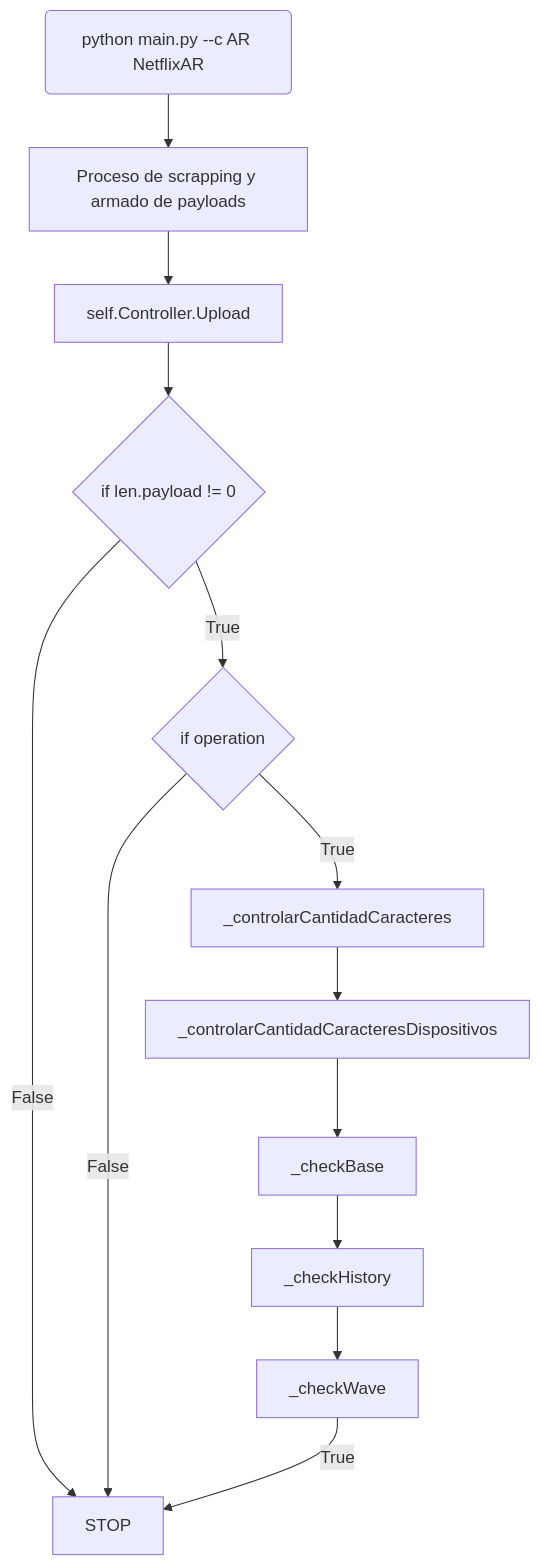
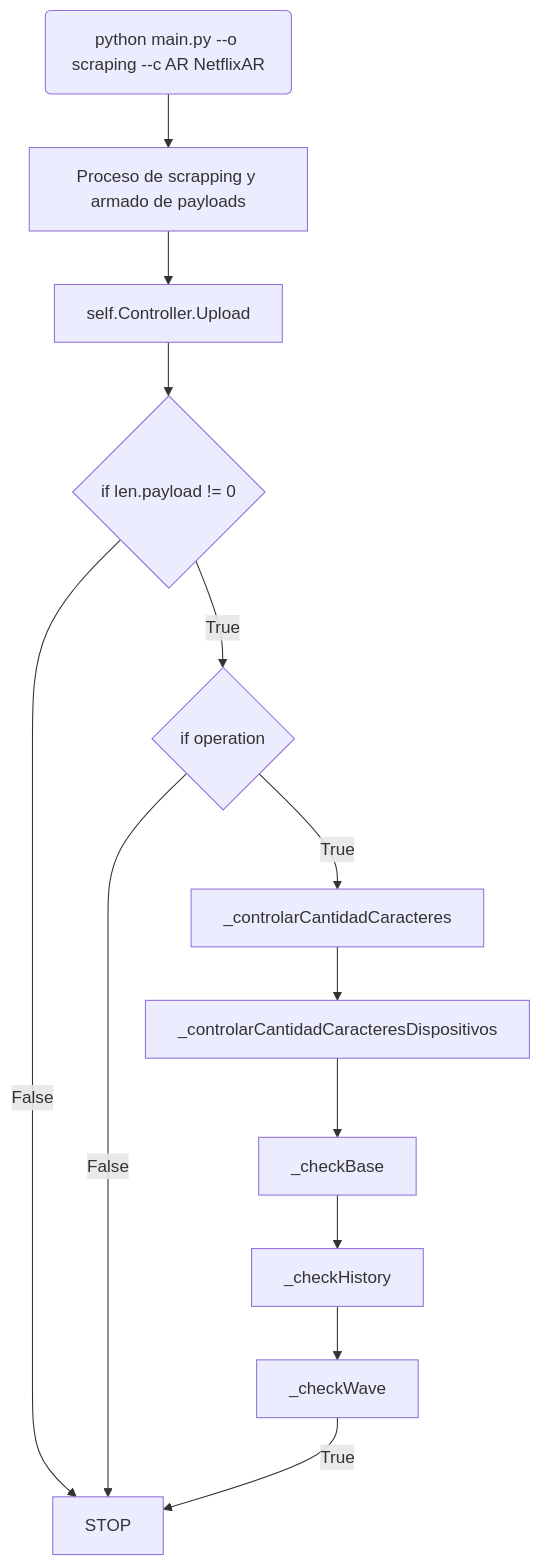
One commit to axelsegovia98/hackerrank-python changed the diagram in README.md. Above: the diagram before and after it, drawn with Mermaid. The commit also changed other lines of this file, not shown here.

````diff
--- a/README.md
+++ b/README.md
@@ -995,15 +1106,15 @@
 ```mermaid
 graph TD
-START(python main.py --c AR NetflixAR) --> A[Proceso de scrapping y armado de payloads]
+START(python main.py --o scraping --c AR NetflixAR) --> A[Proceso de scrapping y armado de payloads]
 A --> B[self.Controller.Upload]
 B --> C{if len.payload != 0}
 C -- False --> STOP
 C -- True --> D{if operation}
 D -- False --> STOP
 D -- True --> E[_controlarCantidadCaracteres]
 E --> F[_controlarCantidadCaracteresDispositivos]
 F --> G[_checkBase]
 G --> H[_checkHistory]
 H --> I[_checkWave]
 I -- True --> STOP
 ```
````
